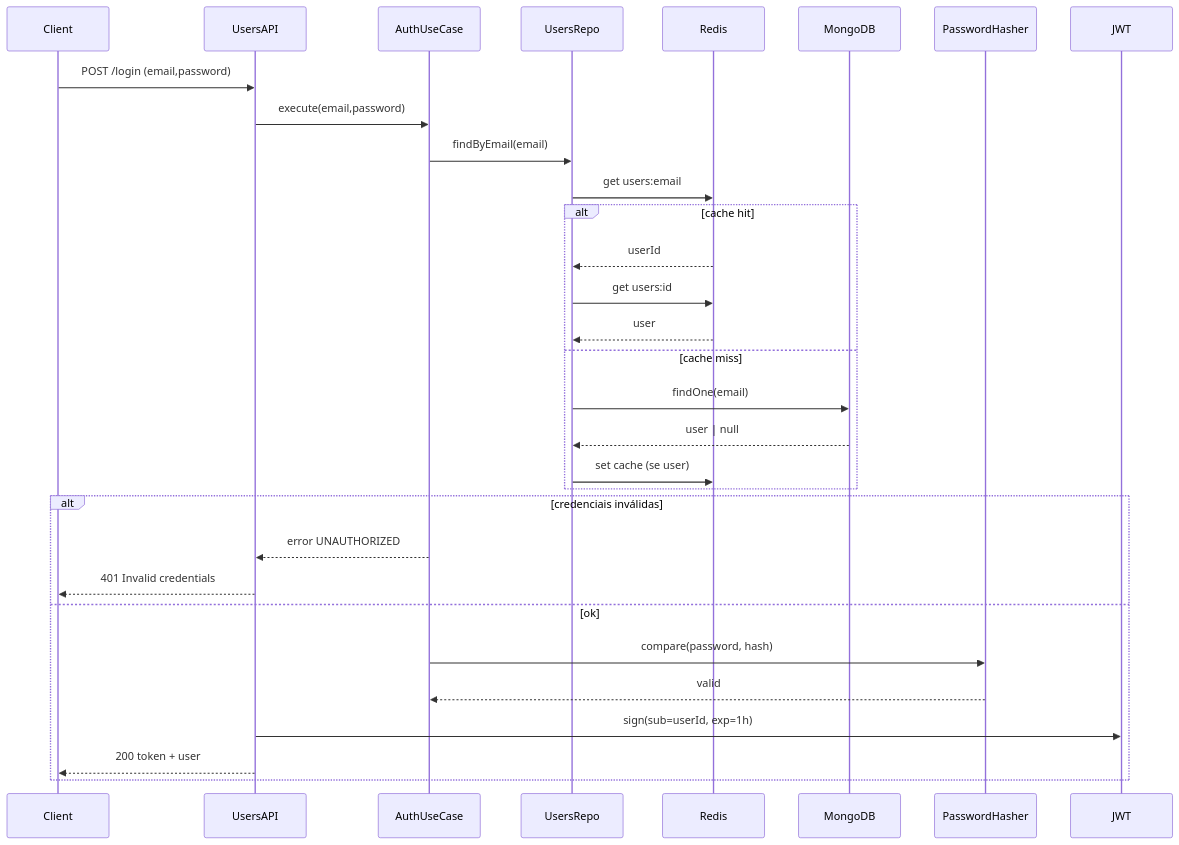
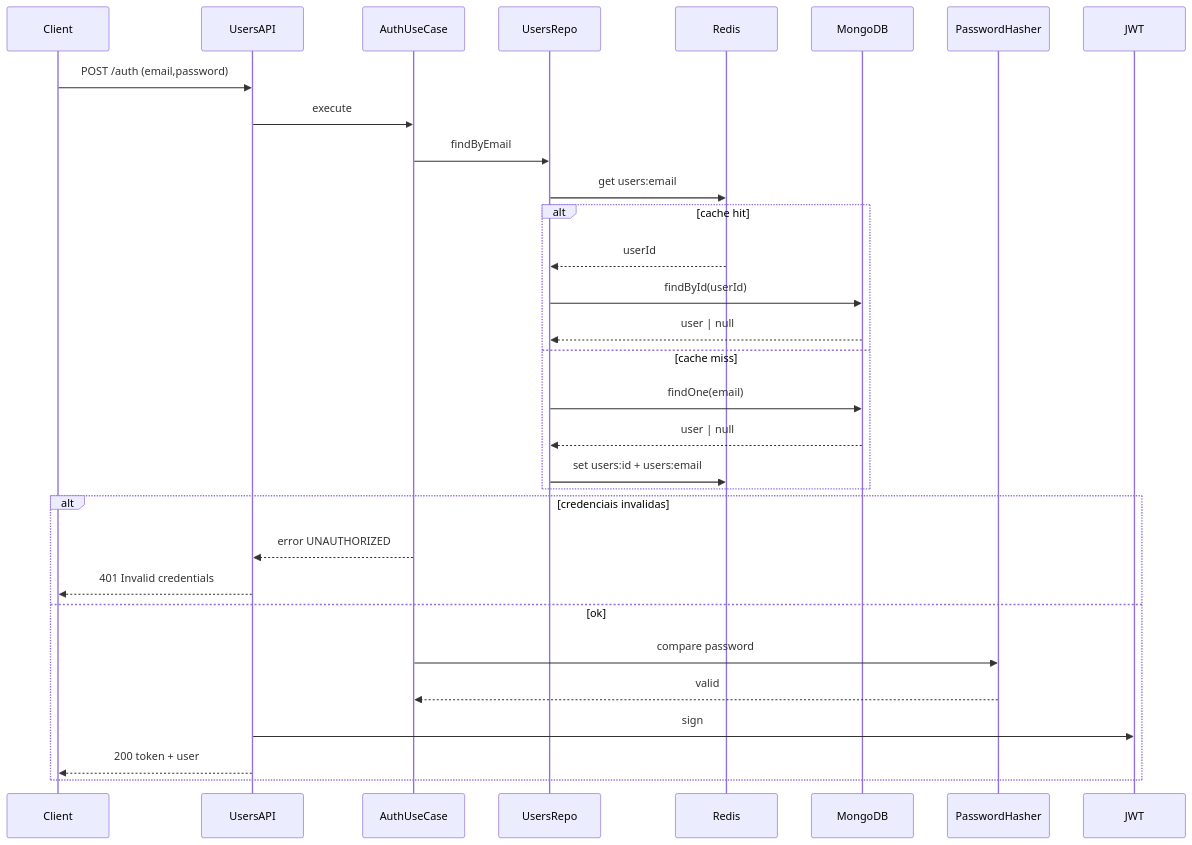
One commit to rodrigocardosodev/ilia-nodejs-challenge changed the second of 7 diagrams in README.md. Above: the diagram before and after it, drawn with Mermaid. The commit also changed other lines of this file and 36 other files, not shown here.

````diff
--- a/README.md
+++ b/README.md
@@ -154,34 +153,34 @@
 ```mermaid
 sequenceDiagram
     participant Client
     participant UsersAPI
     participant AuthUseCase
     participant UsersRepo
     participant Redis
     participant MongoDB
     participant PasswordHasher
     participant JWT
 
-    Client->>UsersAPI: POST /login (email,password)
-    UsersAPI->>AuthUseCase: execute(email,password)
-    AuthUseCase->>UsersRepo: findByEmail(email)
+    Client->>UsersAPI: POST /auth (email,password)
+    UsersAPI->>AuthUseCase: execute
+    AuthUseCase->>UsersRepo: findByEmail
     UsersRepo->>Redis: get users:email
     alt cache hit
         Redis-->>UsersRepo: userId
-        UsersRepo->>Redis: get users:id
-        Redis-->>UsersRepo: user
+        UsersRepo->>MongoDB: findById(userId)
+        MongoDB-->>UsersRepo: user | null
     else cache miss
         UsersRepo->>MongoDB: findOne(email)
         MongoDB-->>UsersRepo: user | null
-        UsersRepo->>Redis: set cache (se user)
+        UsersRepo->>Redis: set users:id + users:email
     end
-    alt credenciais inválidas
+    alt credenciais invalidas
         AuthUseCase-->>UsersAPI: error UNAUTHORIZED
         UsersAPI-->>Client: 401 Invalid credentials
     else ok
-        AuthUseCase->>PasswordHasher: compare(password, hash)
+        AuthUseCase->>PasswordHasher: compare password
         PasswordHasher-->>AuthUseCase: valid
-        UsersAPI->>JWT: sign(sub=userId, exp=1h)
+        UsersAPI->>JWT: sign
         UsersAPI-->>Client: 200 token + user
     end
 ```
````
